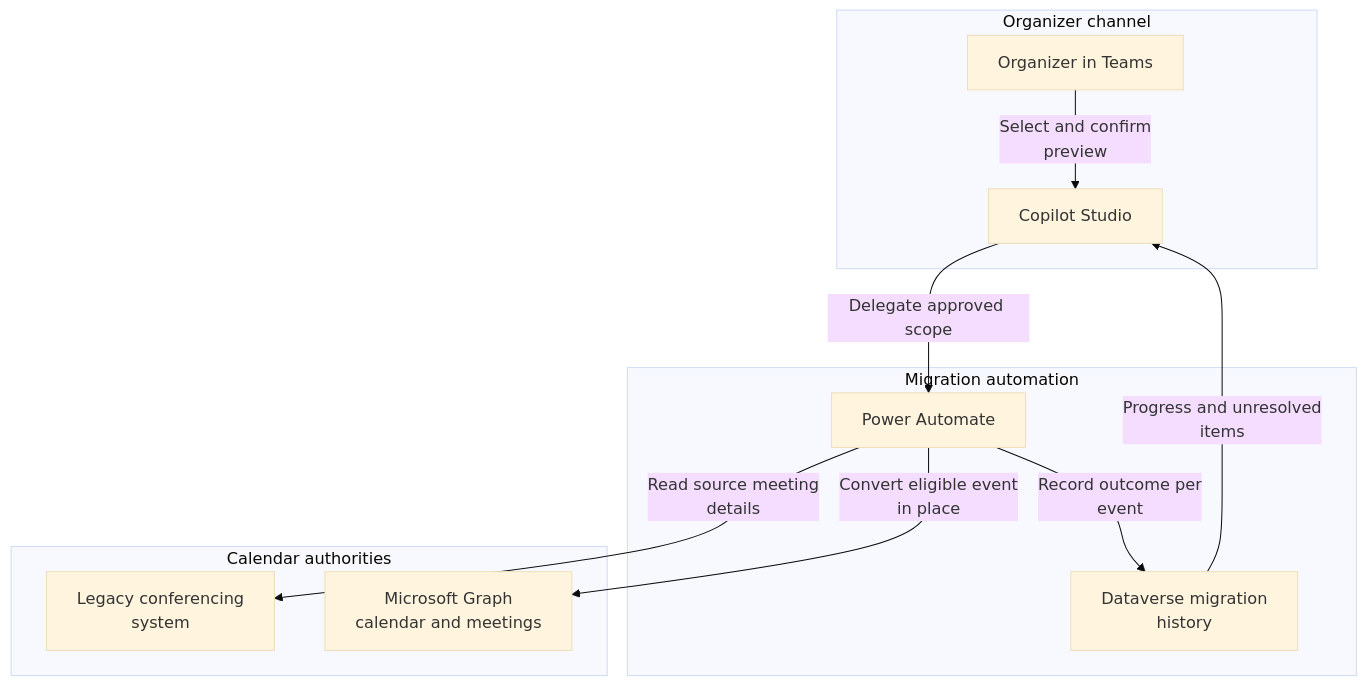
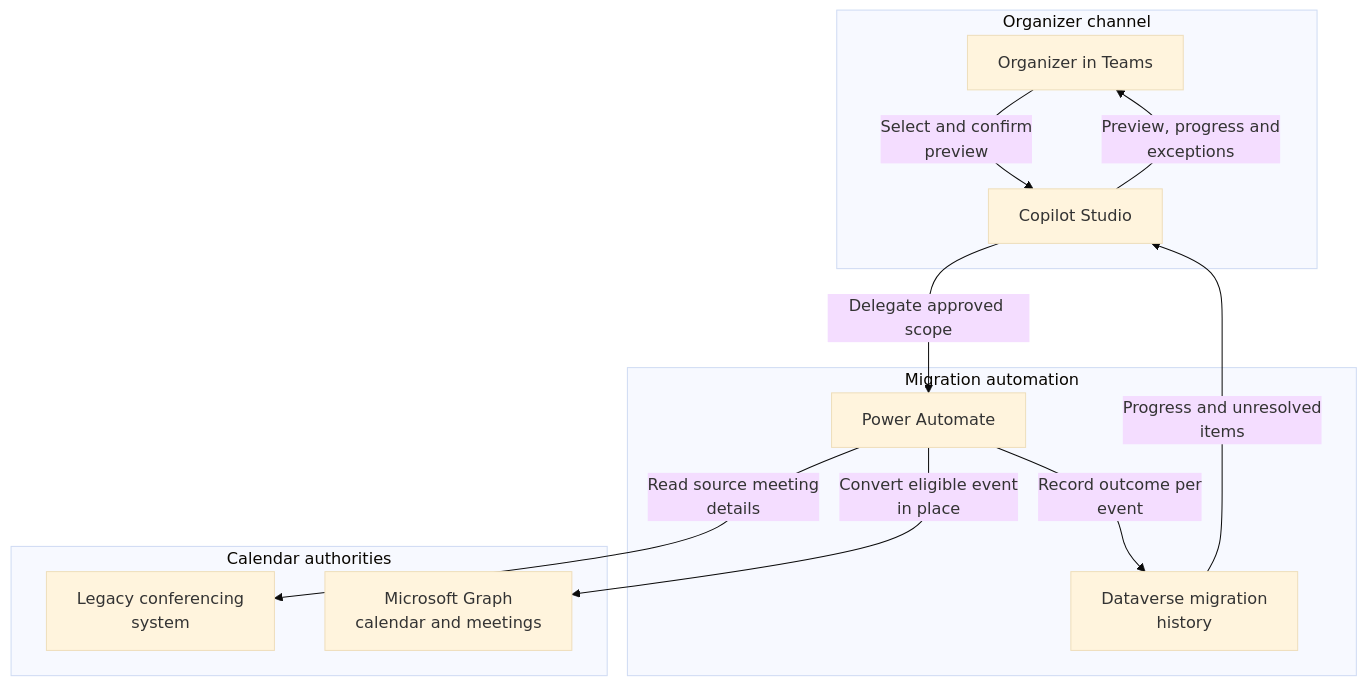
One commit to abhishek-ai-enabler/copilotstudio-architecture-patterns changed the first of 2 diagrams in reference-architectures/meeting-migration.md. Above: the diagram before and after it, drawn with Mermaid (base theme). The commit also changed other lines of this file and 41 other files, not shown here.

First line of the commit message:
Review diagrams: add return paths and fix flow accuracy

````diff
--- a/reference-architectures/meeting-migration.md
+++ b/reference-architectures/meeting-migration.md
@@ -7,23 +7,24 @@
 ```mermaid
 flowchart TB
     accTitle: Preview and migrate an organizer's meetings in place - architecture
     accDescr: Approval is per organizer, meeting and previewed version. A timeout is a reason to check the original event, not to create a replacement invitation.
     subgraph group0["Organizer channel"]
         U["Organizer in Teams"]
         A["Copilot Studio"]
     end
     subgraph group2["Migration automation"]
         F["Power Automate"]
         D["Dataverse migration<br/>history"]
     end
     subgraph group4["Calendar authorities"]
         L["Legacy conferencing<br/>system"]
         G["Microsoft Graph<br/>calendar and meetings"]
     end
     U -->|"Select and confirm<br/>preview"| A
     A -->|"Delegate approved scope"| F
     F -->|"Read source meeting<br/>details"| L
     F -->|"Convert eligible event<br/>in place"| G
     F -->|"Record outcome per<br/>event"| D
     D -->|"Progress and unresolved<br/>items"| A
+    A -->|"Preview, progress and<br/>exceptions"| U
 ```
````
